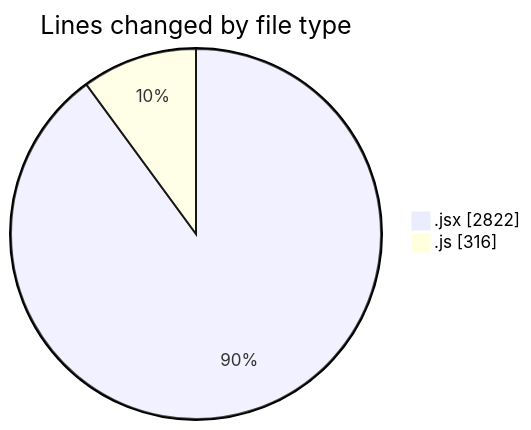
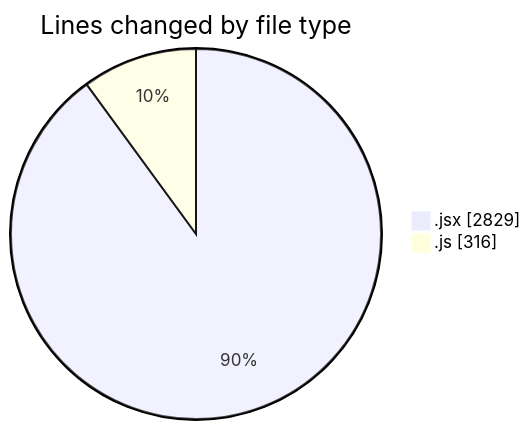
Before and after one commit to nxtqubesakshisongat/code-tracking: the first of 2 diagrams in 2025-07-10/argos/README.md, drawn with Mermaid. The commit also changed other lines of this file and 1 other file, not shown here.

````diff
--- a/2025-07-10/argos/README.md
+++ b/2025-07-10/argos/README.md
@@ -25,6 +25,6 @@
 ```mermaid
 pie showData
 title Lines changed by file type
-".jsx" : 2822
+".jsx" : 2829
 ".js" : 316
 ```
````
